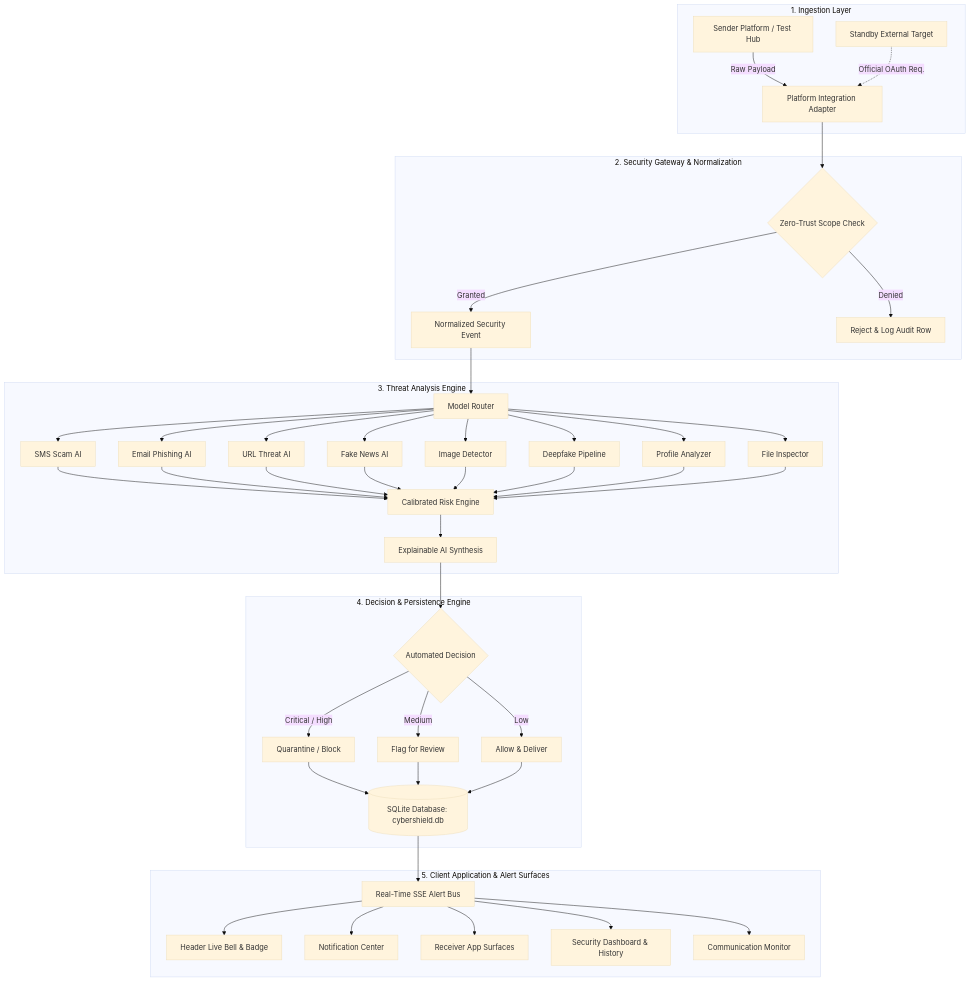
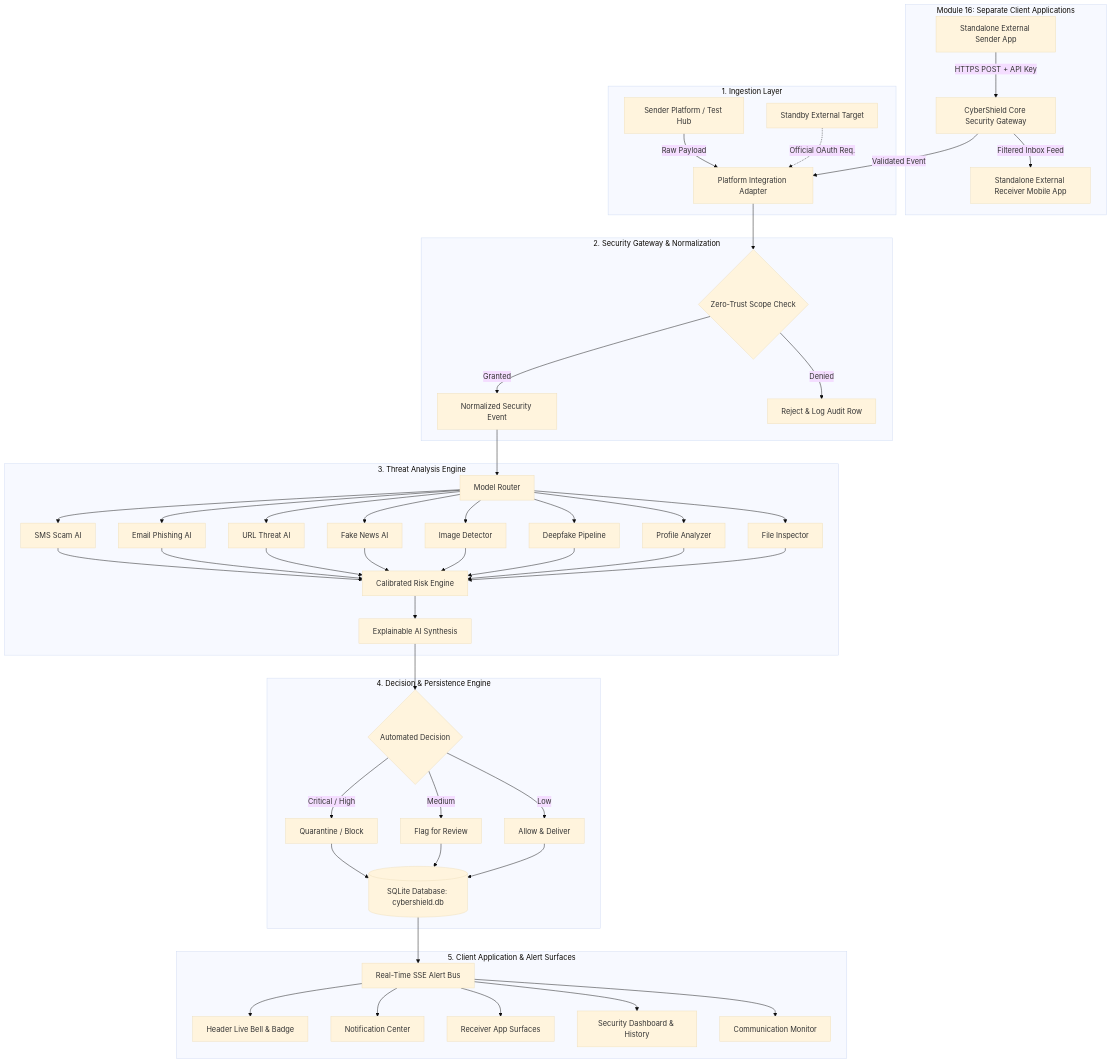
Before and after one commit to Bhavanisubramani49/CyberShield-AI: the diagram in docs/ARCHITECTURE.md, drawn with Mermaid (base theme). The commit also changed 19 other files, not shown here.

Commit message:
checkpoint(module-16): External sender and receiver core gateway integration complete

````diff
--- a/docs/ARCHITECTURE.md
+++ b/docs/ARCHITECTURE.md
@@ -20,44 +20,50 @@
 ```mermaid
 flowchart TD
+    subgraph STANDALONE_CLIENTS ["Module 16: Separate Client Applications"]
+        APP1[Standalone External Sender App] -->|HTTPS POST + API Key| GW[CyberShield Core Security Gateway]
+        GW -->|Filtered Inbox Feed| APP2[Standalone External Receiver Mobile App]
+    end
+
     subgraph INGESTION ["1. Ingestion Layer"]
         A[Sender Platform / Test Hub] -->|Raw Payload| B[Platform Integration Adapter]
+        GW -->|Validated Event| B
         C[Standby External Target] -.->|Official OAuth Req.| B
     end
 
     subgraph SECURITY_GATEWAY ["2. Security Gateway & Normalization"]
         B --> D{Zero-Trust Scope Check}
         D -- Granted --> E[Normalized Security Event]
         D -- Denied --> F[Reject & Log Audit Row]
     end
 
     subgraph AI_PIPELINE ["3. Threat Analysis Engine"]
         E --> G[Model Router]
         G --> H1[SMS Scam AI]
         G --> H2[Email Phishing AI]
         G --> H3[URL Threat AI]
         G --> H4[Fake News AI]
         G --> H5[Image Detector]
         G --> H6[Deepfake Pipeline]
         G --> H7[Profile Analyzer]
         G --> H8[File Inspector]
         H1 & H2 & H3 & H4 & H5 & H6 & H7 & H8 --> I[Calibrated Risk Engine]
         I --> J[Explainable AI Synthesis]
     end
 
     subgraph DECISION_PERSISTENCE ["4. Decision & Persistence Engine"]
         J --> K{Automated Decision}
         K -- Critical / High --> L1[Quarantine / Block]
         K -- Medium --> L2[Flag for Review]
         K -- Low --> L3[Allow & Deliver]
         L1 & L2 & L3 --> M[(SQLite Database: cybershield.db)]
     end
 
     subgraph CLIENT_INTERFACES ["5. Client Application & Alert Surfaces"]
         M --> N[Real-Time SSE Alert Bus]
         N --> O1[Header Live Bell & Badge]
         N --> O2[Notification Center]
         N --> O3[Receiver App Surfaces]
         N --> O4[Security Dashboard & History]
         N --> O5[Communication Monitor]
     end
 ```
````
